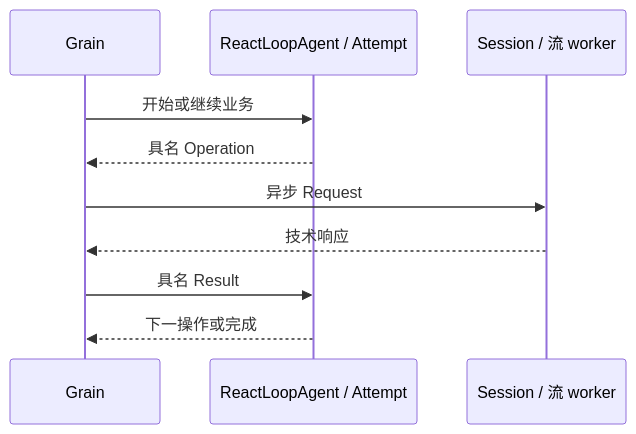
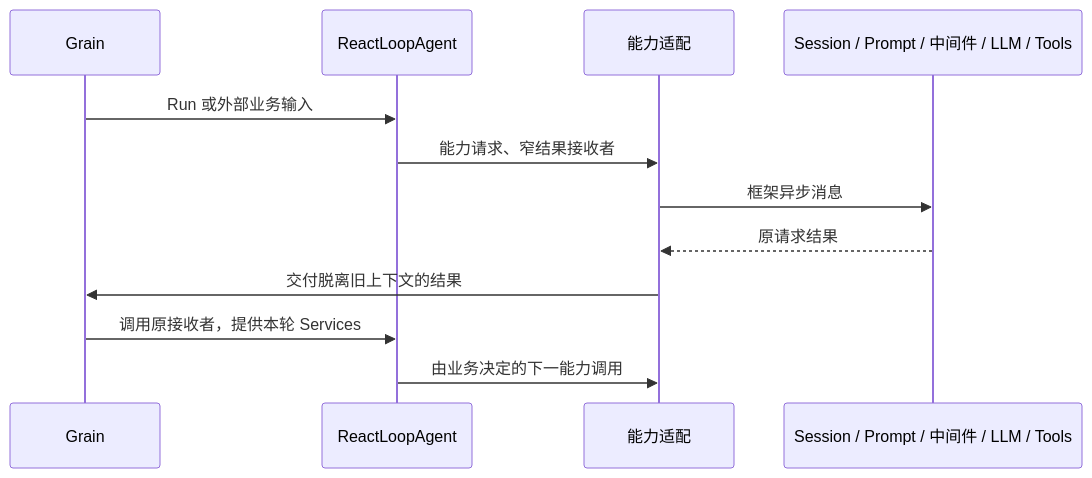
The second of 2 diagrams in agentloop/actor/README.zh-CN.md (gorenx/goren), drawn with Mermaid before and after one commit. The commit also changed other lines of this file and 7 other files, not shown here.

````diff
--- a/agentloop/actor/README.zh-CN.md
+++ b/agentloop/actor/README.zh-CN.md
@@ -55,12 +54,14 @@
 ```mermaid
 sequenceDiagram
-    participant G as Grain
-    participant B as ReactLoopAgent / Attempt
-    participant S as Session / 流 worker
-    G->>B: 开始或继续业务
-    B-->>G: 具名 Operation
-    G->>S: 异步 Request
-    S-->>G: 技术响应
-    G->>B: 具名 Result
-    B-->>G: 下一操作或完成
+ participant G as Grain
+ participant B as ReactLoopAgent
+ participant C as 能力适配
+ participant S as Session / Prompt / 中间件 / LLM / Tools
+ G->>B: Run 或外部业务输入
+ B->>C: 能力请求、窄结果接收者
+ C->>S: 框架异步消息
+ S-->>C: 原请求结果
+ C->>G: 交付脱离旧上下文的结果
+ G->>B: 调用原接收者，提供本轮 Services
+ B->>C: 由业务决定的下一能力调用
 ```
````
